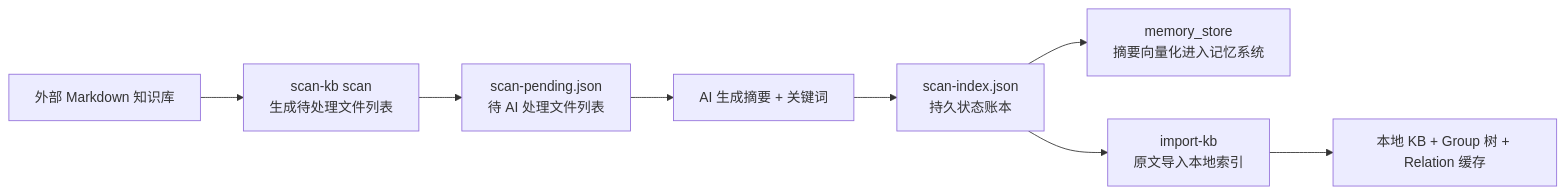
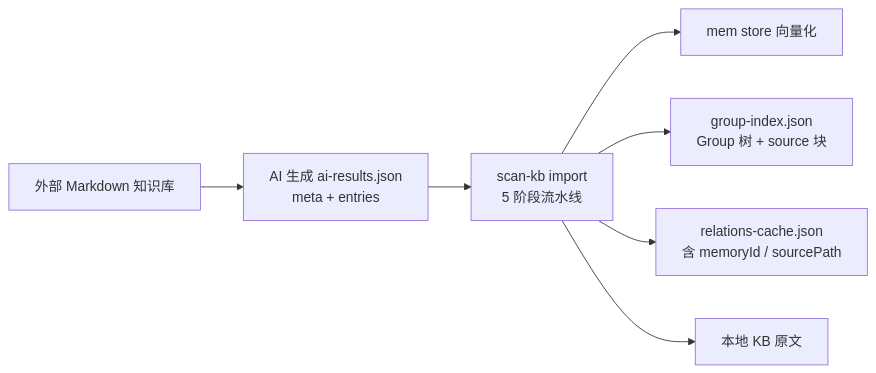
The fourth of 5 diagrams in knowledge-index/docs/architecture.md (HACK-WU/memory-lancedb-mcp), drawn with Mermaid before and after one commit. The commit also changed other lines of this file and 6 other files, not shown here.

````diff
--- a/knowledge-index/docs/architecture.md
+++ b/knowledge-index/docs/architecture.md
@@ -127,10 +131,9 @@
 ```mermaid
 flowchart LR
-    EXT[外部 Markdown 知识库] --> SCAN[scan-kb scan<br/>生成待处理文件列表]
-    SCAN --> SP[scan-pending.json<br/>待 AI 处理文件列表]
-    SP --> AI[AI 生成摘要 + 关键词]
-    AI --> IDX[scan-index.json<br/>持久状态账本]
-    IDX --> VEC[memory_store<br/>摘要向量化进入记忆系统]
-    IDX --> IMP[import-kb<br/>原文导入本地索引]
-    IMP --> KB[本地 KB + Group 树 + Relation 缓存]
+    EXT[外部 Markdown 知识库] --> AI[AI 生成 ai-results.json<br/>meta + entries]
+    AI --> IMP[scan-kb import<br/>5 阶段流水线]
+    IMP --> VEC[mem store 向量化]
+    IMP --> GI2[group-index.json<br/>Group 树 + source 块]
+    IMP --> RC2[relations-cache.json<br/>含 memoryId / sourcePath]
+    IMP --> KB2[本地 KB 原文]
 ```
````
